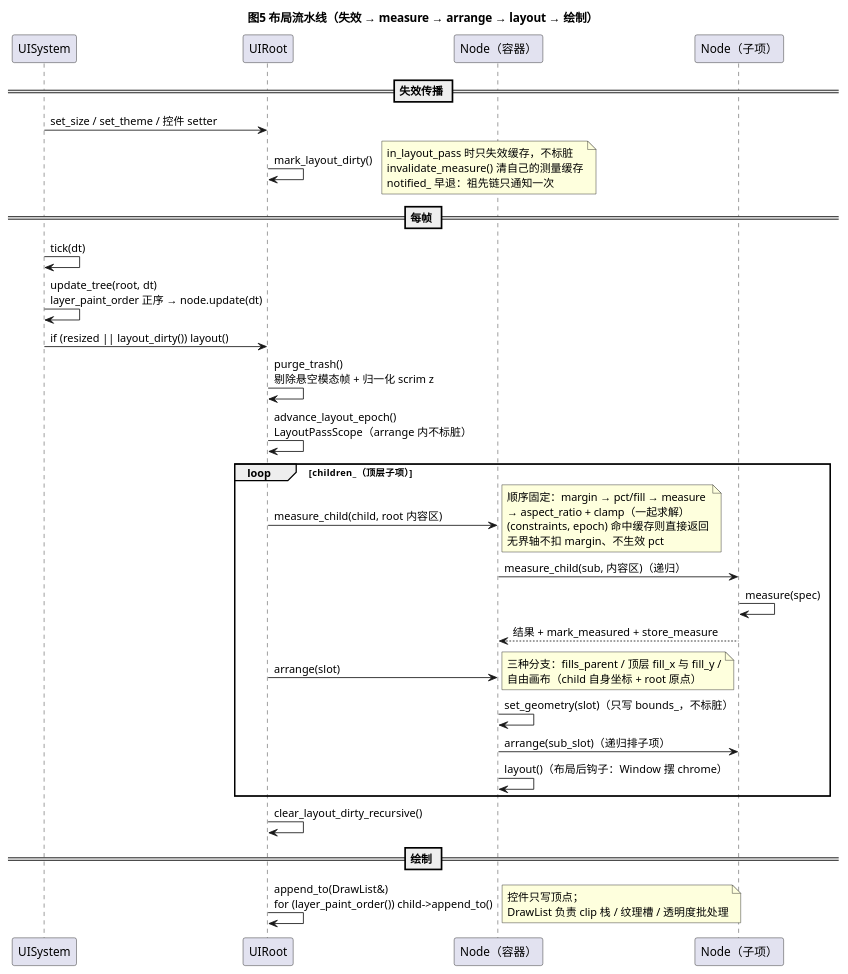
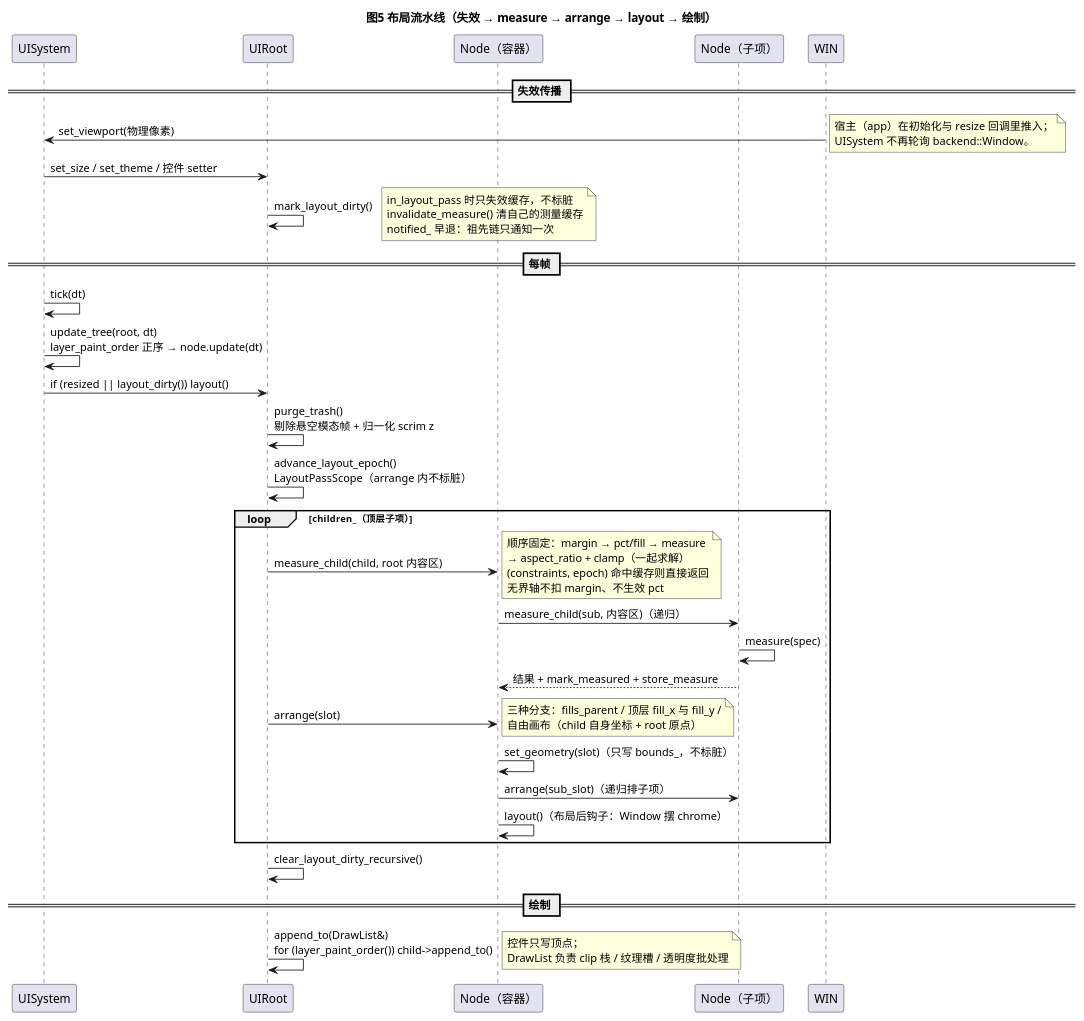
One commit to zxionf/cosine changed the diagram in .design/uml/05-layout-pipeline.puml. Above: the diagram before and after it, drawn with PlantUML. The commit also changed 14 other files, not shown here.

Commit message:
refactor(ui): UISystem 解除对 backend 与具体控件的依赖

```diff
--- a/.design/uml/05-layout-pipeline.puml
+++ b/.design/uml/05-layout-pipeline.puml
@@ -1,56 +1,61 @@
 @startuml
 title 图5 布局流水线（失效 → measure → arrange → layout → 绘制）
 
 skinparam defaultFontName "Microsoft YaHei"
 skinparam shadowing false
 
 participant "UISystem" as SYS
 participant "UIRoot" as ROOT
 participant "Node（容器）" as C
 participant "Node（子项）" as L
 
 == 失效传播 ==
+WIN -> SYS : set_viewport(物理像素)
+note right
+  宿主（app）在初始化与 resize 回调里推入；
+  UISystem 不再轮询 backend::Window。
+end note
 SYS -> ROOT : set_size / set_theme / 控件 setter
 ROOT -> ROOT : mark_layout_dirty()
 note right
   in_layout_pass 时只失效缓存，不标脏
   invalidate_measure() 清自己的测量缓存
   notified_ 早退：祖先链只通知一次
 end note
 
 == 每帧 ==
 SYS -> SYS : tick(dt)
 SYS -> SYS : update_tree(root, dt)\nlayer_paint_order 正序 → node.update(dt)
 SYS -> ROOT : if (resized || layout_dirty()) layout()
 
 ROOT -> ROOT : purge_trash()\n剔除悬空模态帧 + 归一化 scrim z
 ROOT -> ROOT : advance_layout_epoch()\nLayoutPassScope（arrange 内不标脏）
 loop children_（顶层子项）
   ROOT -> C : measure_child(child, root 内容区)
   note right
     顺序固定：margin → pct/fill → measure
     → aspect_ratio + clamp（一起求解）
     (constraints, epoch) 命中缓存则直接返回
     无界轴不扣 margin、不生效 pct
   end note
   C -> L : measure_child(sub, 内容区)（递归）
   L -> L : measure(spec)
   L --> C : 结果 + mark_measured + store_measure
   ROOT -> C : arrange(slot)
   note right
     三种分支：fills_parent / 顶层 fill_x 与 fill_y /
     自由画布（child 自身坐标 + root 原点）
   end note
   C -> C : set_geometry(slot)（只写 bounds_，不标脏）
   C -> L : arrange(sub_slot)（递归排子项）
   C -> C : layout()（布局后钩子：Window 摆 chrome）
 end
 ROOT -> ROOT : clear_layout_dirty_recursive()
 
 == 绘制 ==
 ROOT -> ROOT : append_to(DrawList&)\nfor (layer_paint_order()) child->append_to()
 note right
   控件只写顶点；
   DrawList 负责 clip 栈 / 纹理槽 / 透明度批处理
 end note
 @enduml
```
